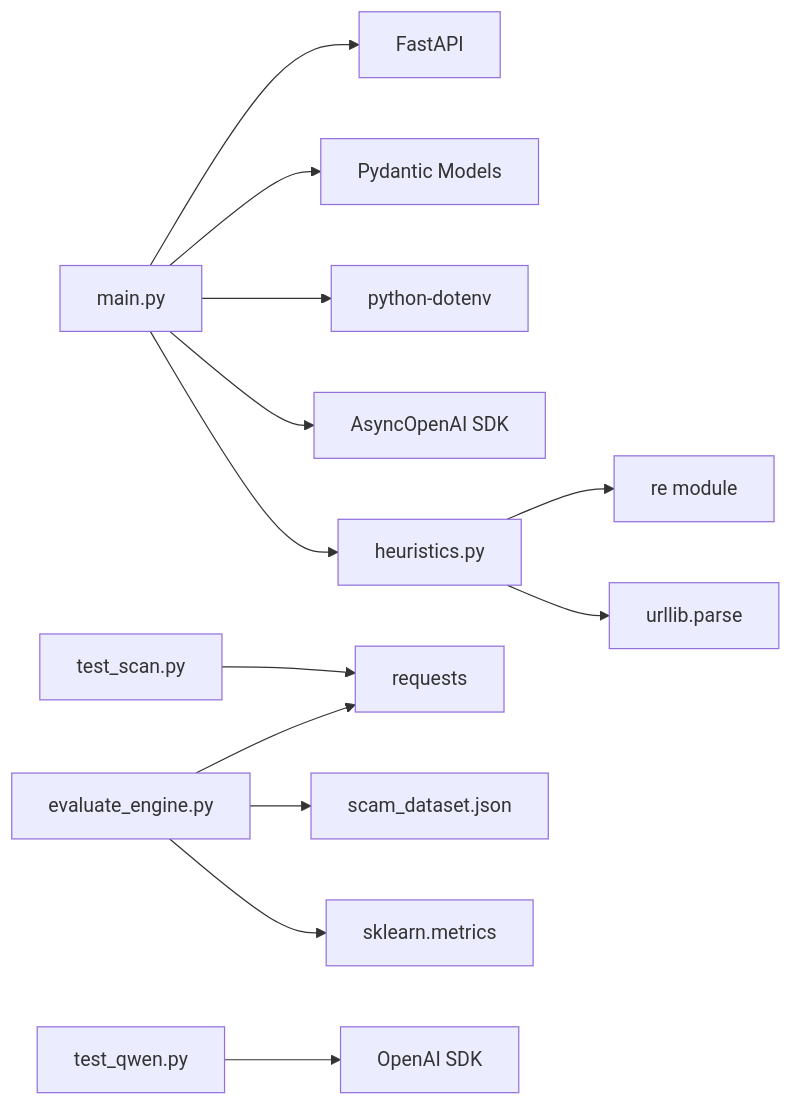
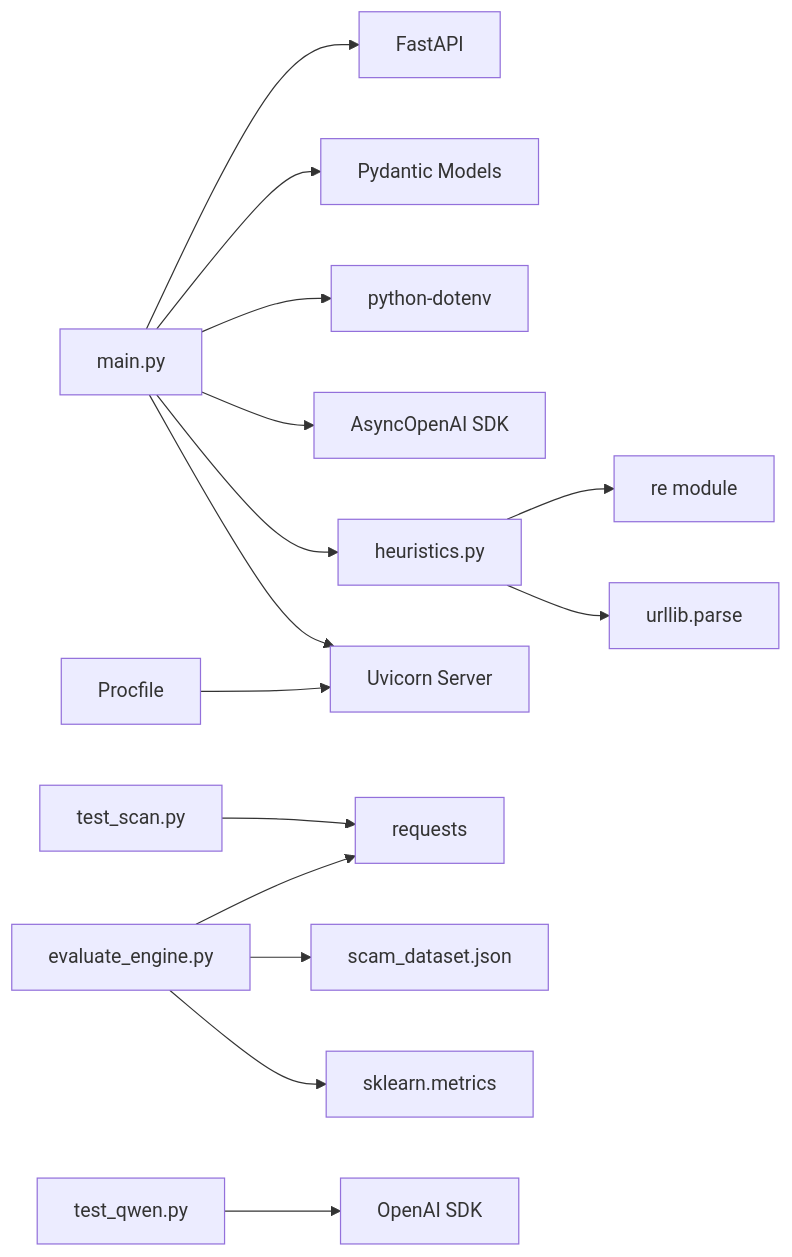
One commit to Aymanaahh/scrollguard-ai changed the fifth of 5 diagrams in .qoder/repowiki/en/content/Backend API Documentation.md. Above: the diagram before and after it, drawn with Mermaid. The commit also changed other lines of this file and 34 other files, not shown here.

````diff
--- a/.qoder/repowiki/en/content/Backend API Documentation.md
+++ b/.qoder/repowiki/en/content/Backend API Documentation.md
@@ -417,15 +452,17 @@
 ```mermaid
 graph LR
 Main["main.py"] --> FastAPI["FastAPI"]
 Main --> Pydantic["Pydantic Models"]
 Main --> DotEnv["python-dotenv"]
 Main --> AsyncOpenAI["AsyncOpenAI SDK"]
 Main --> Heuristics["heuristics.py"]
+Main --> Uvicorn["Uvicorn Server"]
 Heuristics --> Re["re module"]
 Heuristics --> URLLib["urllib.parse"]
 Eval["evaluate_engine.py"] --> Requests["requests"]
 Eval --> Dataset["scam_dataset.json"]
 Eval --> Sklearn["sklearn.metrics"]
 TestScan["test_scan.py"] --> Requests
 TestQwen["test_qwen.py"] --> OpenAI["OpenAI SDK"]
+Procfile["Procfile"] --> Uvicorn
 ```
````
